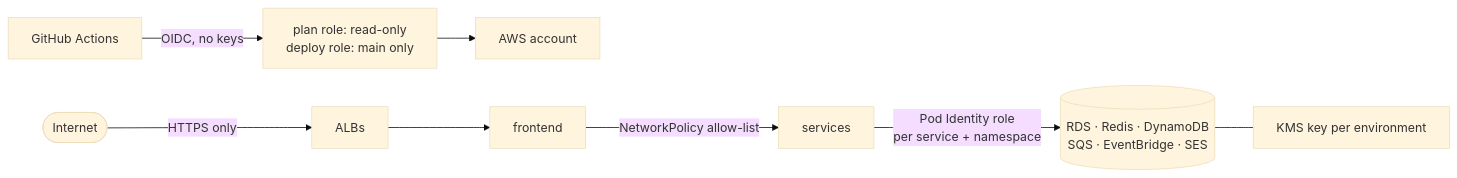
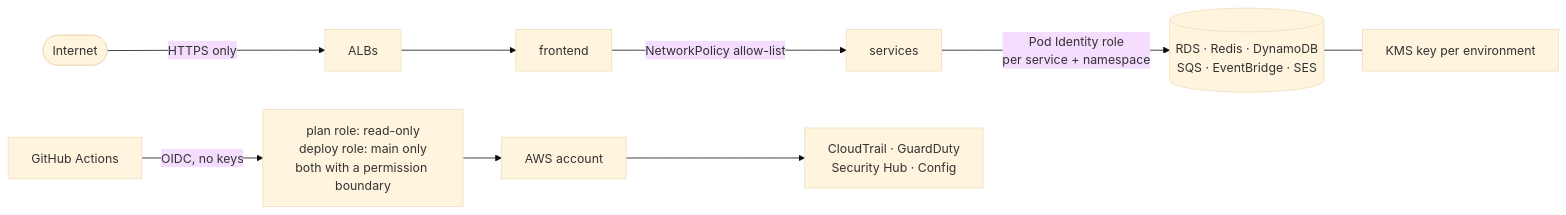
Before and after one commit to ngems1/Sec-GitOps-platform: the diagram in docs/week3/SECURITY.md, drawn with Mermaid (base theme). The commit also changed other lines of this file and 16 other files, not shown here.

First line of the commit message:
infra: single-account hardening (CloudTrail, GuardDuty, boundaries)

````diff
--- a/docs/week3/SECURITY.md
+++ b/docs/week3/SECURITY.md
@@ -5,10 +5,11 @@
 ```mermaid
 flowchart LR
-    gh[GitHub Actions] -->|OIDC, no keys| roles[plan role: read-only<br/>deploy role: main only]
+    gh[GitHub Actions] -->|OIDC, no keys| roles[plan role: read-only<br/>deploy role: main only<br/>both with a permission boundary]
     roles --> aws[AWS account]
     user([Internet]) -->|HTTPS only| alb[ALBs]
     alb --> fe[frontend]
     fe -->|NetworkPolicy allow-list| svc[services]
     svc -->|Pod Identity role<br/>per service + namespace| data[(RDS · Redis · DynamoDB<br/>SQS · EventBridge · SES)]
     data --- kms[KMS key per environment]
+    aws --> audit[CloudTrail · GuardDuty<br/>Security Hub · Config]
 ```
````
